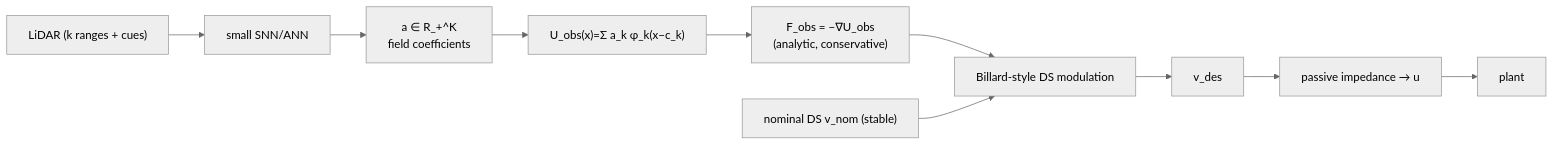
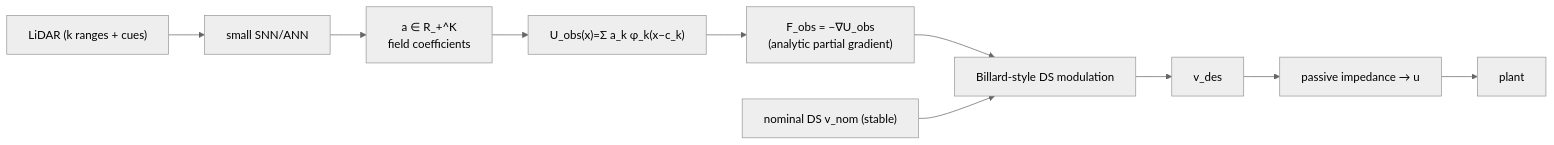
One commit to romanklis/ann2snn-pychromo-drone changed the diagram in docs/field.md. Above: the diagram before and after it, drawn with Mermaid (neutral theme). The commit also changed other lines of this file and 52 other files, not shown here.

````diff
--- a/docs/field.md
+++ b/docs/field.md
@@ -16,12 +16,12 @@
 ```mermaid
 flowchart LR
   L["LiDAR (k ranges + cues)"] --> N["small SNN/ANN"]
   N --> A["a ∈ R_+^K<br/>field coefficients"]
   A --> U["U_obs(x)=Σ a_k φ_k(x−c_k)"]
-  U --> F["F_obs = −∇U_obs<br/>(analytic, conservative)"]
+  U --> F["F_obs = −∇U_obs<br/>(analytic partial gradient)"]
   F --> M["Billard-style DS modulation"]
   DS["nominal DS v_nom (stable)"] --> M
   M --> V["v_des"]
   V --> I["passive impedance → u"]
   I --> P["plant"]
 ```
````
